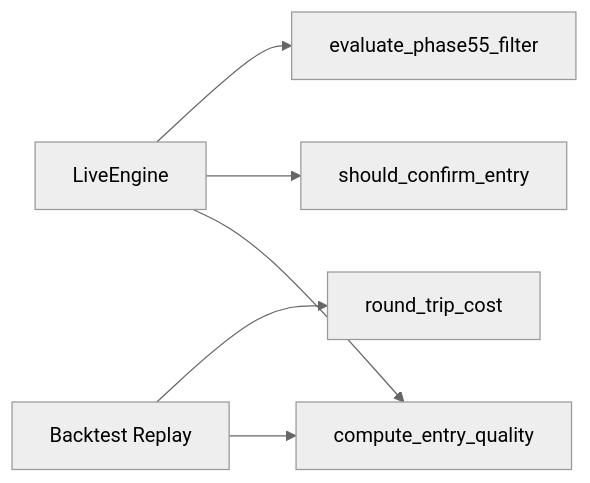
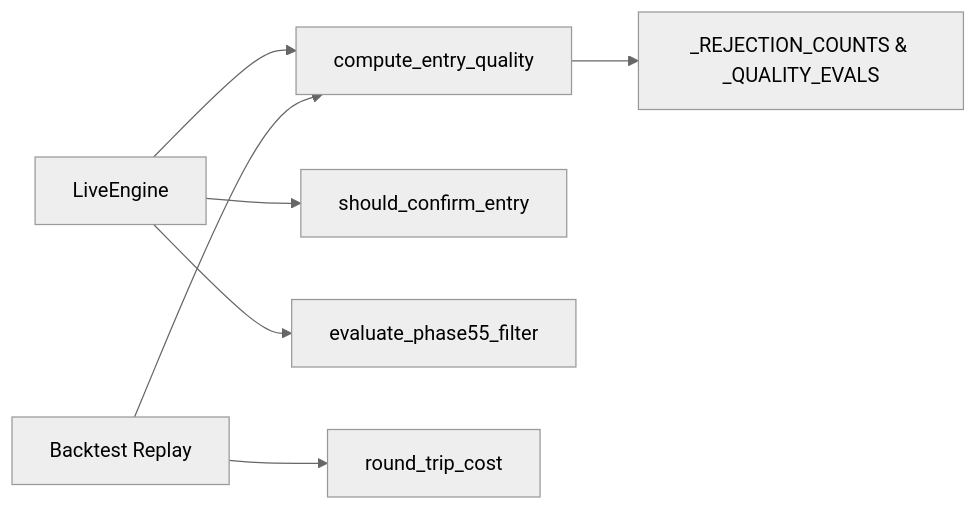
The eighth of 8 diagrams in .qoder/repowiki/en/content/Execution and Risk Management/Entry Quality Filter.md (tauqeersiddiqui-art/tradingsystem), drawn with Mermaid (neutral theme) before and after one commit. The commit also changed other lines of this file and 6 other files, not shown here.

````diff
--- a/.qoder/repowiki/en/content/Execution and Risk Management/Entry Quality Filter.md
+++ b/.qoder/repowiki/en/content/Execution and Risk Management/Entry Quality Filter.md
@@ -282,8 +310,9 @@
 ```mermaid
 graph LR
 LE["LiveEngine"] --> EQ["compute_entry_quality"]
 LE --> MRGates["should_confirm_entry"]
 LE --> P55["evaluate_phase55_filter"]
 BE["Backtest Replay"] --> EQ
 BE --> Cost["round_trip_cost"]
+EQ --> Stats["_REJECTION_COUNTS & _QUALITY_EVALS"]
 ```
````
